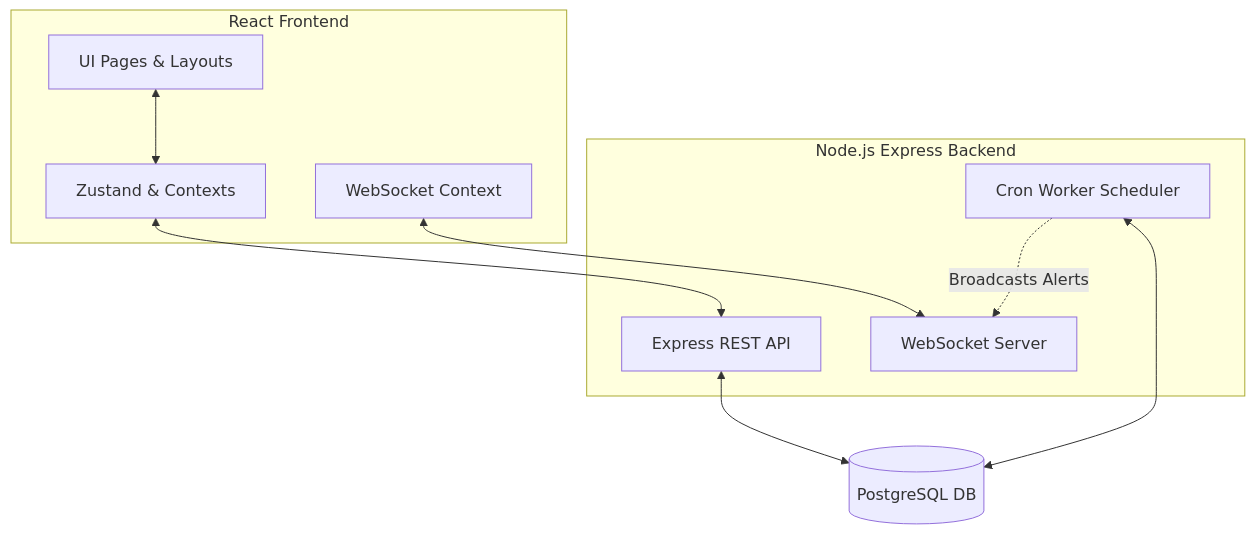
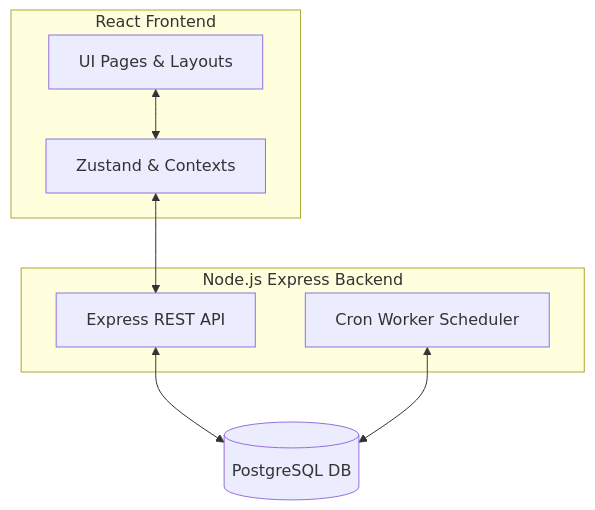
Before and after one commit to iammarafzal/TaskFlow_Task_Manager: the diagram in README.md, drawn with Mermaid. The commit also changed other lines of this file and 1 other file, not shown here.

````diff
--- a/README.md
+++ b/README.md
@@ -11,23 +11,19 @@
 ```mermaid
 graph TD
     subgraph Frontend [React Frontend]
         UI[UI Pages & Layouts]
         State[Zustand & Contexts]
-        WS_Client[WebSocket Context]
     end
 
     subgraph Backend [Node.js Express Backend]
         API[Express REST API]
         Cron[Cron Worker Scheduler]
-        WS_Server[WebSocket Server]
     end
 
     Database[(PostgreSQL DB)]
 
     UI <--> State
     State <--> API
-    WS_Client <--> WS_Server
     API <--> Database
     Cron <--> Database
-    Cron -. Broadcasts Alerts .-> WS_Server
 ```
````
